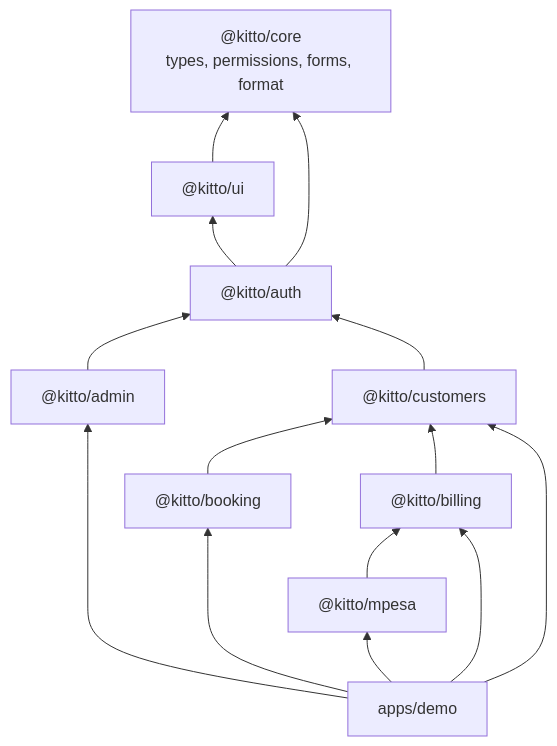
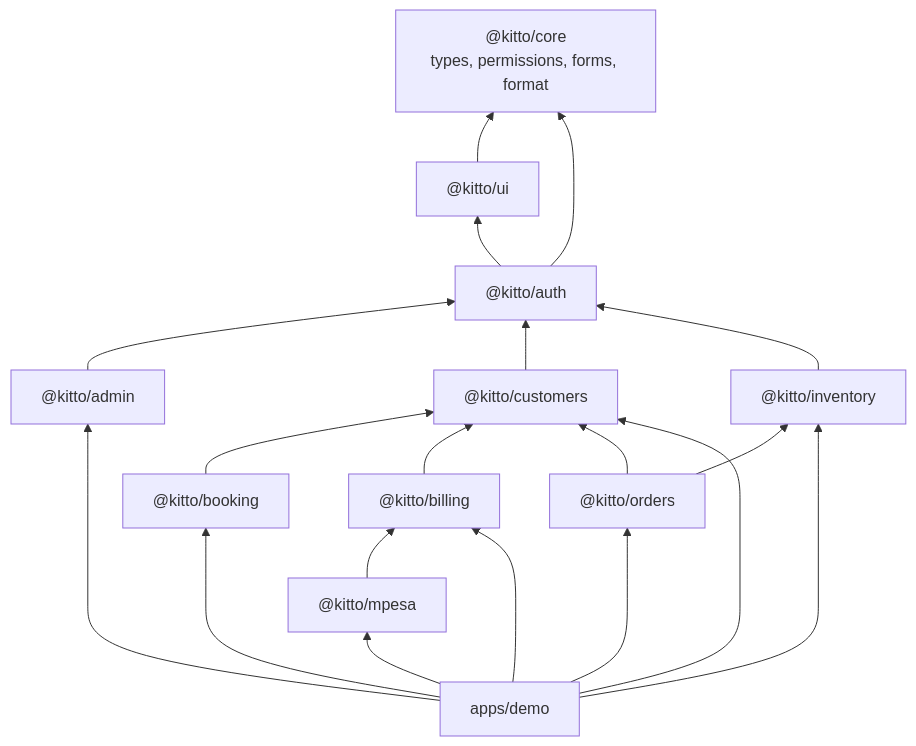
One commit to adamsdenniskariuki/kitto changed the eighth of 16 diagrams in docs/ARCHITECTURE.md. Above: the diagram before and after it, drawn with Mermaid. The commit also changed other lines of this file and 66 other files, not shown here.

First line of the commit message:
Step 5: inventory + orders (#5)

````diff
--- a/docs/ARCHITECTURE.md
+++ b/docs/ARCHITECTURE.md
@@ -264,12 +264,14 @@
 ```mermaid
 flowchart BT
   core["@kitto/core<br/>types, permissions, forms, format"]
   ui["@kitto/ui"] --> core
   auth["@kitto/auth"] --> core & ui
   admin["@kitto/admin"] --> auth
   customers["@kitto/customers"] --> auth
   booking["@kitto/booking"] --> customers
   billing["@kitto/billing"] --> customers
   mpesa["@kitto/mpesa"] --> billing
-  app["apps/demo"] --> admin & customers & booking & billing & mpesa
+  inventory["@kitto/inventory"] --> auth
+  orders["@kitto/orders"] --> customers & inventory
+  app["apps/demo"] --> admin & customers & booking & billing & mpesa & inventory & orders
 ```
````
